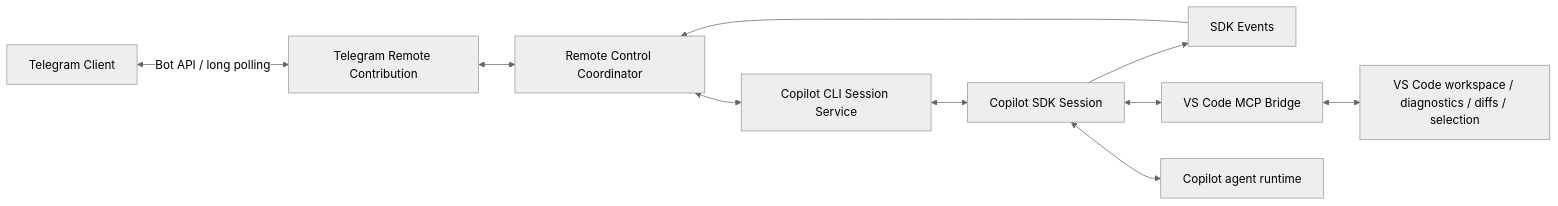
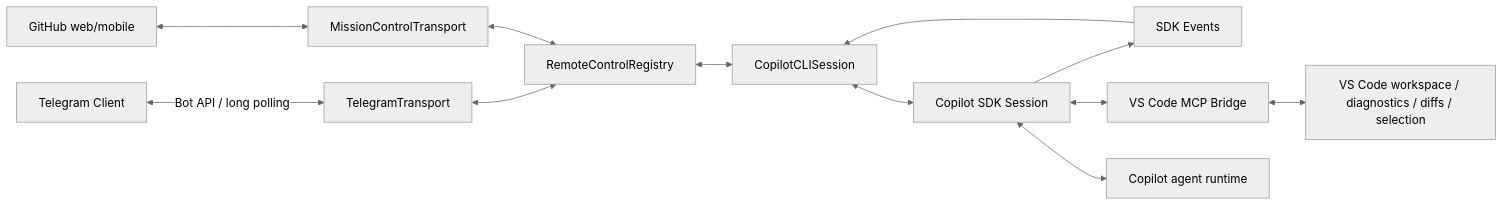
Before and after one commit to SachiHarshitha/vscode-telegram: the diagram in extensions/copilot/docs/telegram-remote/README.md, drawn with Mermaid (neutral theme). The commit also changed other lines of this file and 11 other files, not shown here.

````diff
--- a/extensions/copilot/docs/telegram-remote/README.md
+++ b/extensions/copilot/docs/telegram-remote/README.md
@@ -41,12 +43,14 @@
 ```mermaid
 flowchart LR
-    TG[Telegram Client] <-->|Bot API / long polling| TA[Telegram Remote Contribution]
-    TA <--> RC[Remote Control Coordinator]
-    RC <--> SS[Copilot CLI Session Service]
-    SS <--> S[Copilot SDK Session]
+    TG[Telegram Client] <-->|Bot API / long polling| TA[TelegramTransport]
+    GH[GitHub web/mobile] <--> MC[MissionControlTransport]
+    TA <--> RC[RemoteControlRegistry]
+    MC <--> RC
+    RC <--> CS[CopilotCLISession]
+    CS <--> S[Copilot SDK Session]
     S --> EV[SDK Events]
-    EV --> RC
+    EV --> CS
     S <--> MCP[VS Code MCP Bridge]
     MCP <--> IDE[VS Code workspace / diagnostics / diffs / selection]
     S <--> AGENT[Copilot agent runtime]
 ```
````
